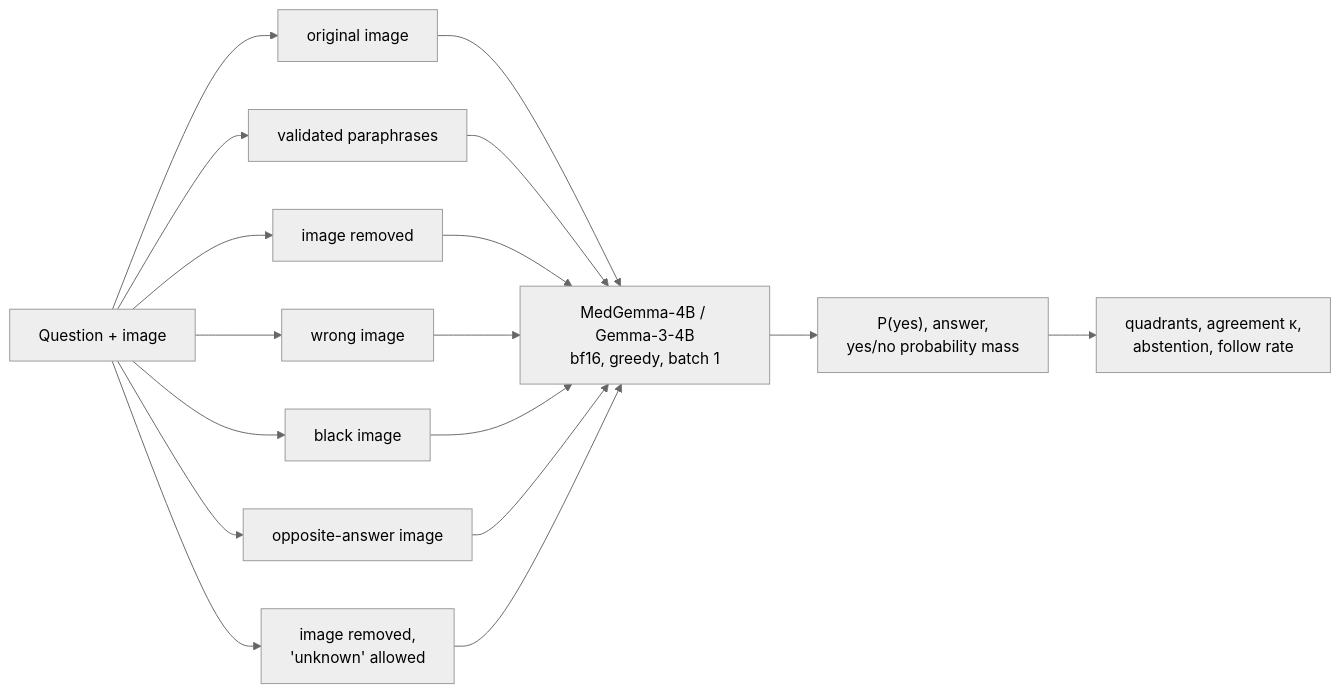
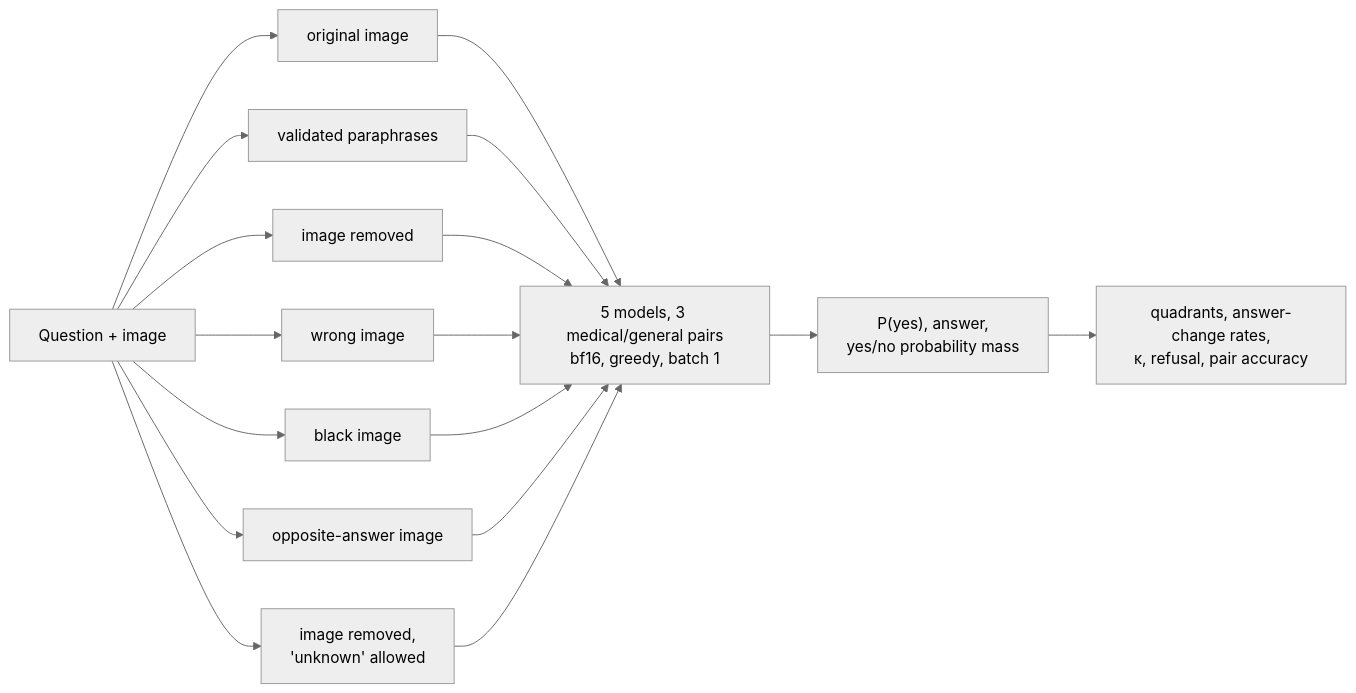
Before and after one commit to thaitri2005/Medvlm-Image-Reliance: the diagram in README.md, drawn with Mermaid (neutral theme). The commit also changed other lines of this file and 38 other files, not shown here.

````diff
--- a/README.md
+++ b/README.md
@@ -165,13 +163,13 @@
 ```mermaid
 flowchart LR
     Q[Question + image] --> O[original image]
     Q --> P[validated paraphrases]
     Q --> N[image removed]
     Q --> S[wrong image]
     Q --> K[black image]
     Q --> X[opposite-answer image]
     Q --> U[image removed,<br/>'unknown' allowed]
-    O & P & N & S & K & X & U --> M[MedGemma-4B / Gemma-3-4B<br/>bf16, greedy, batch 1]
+    O & P & N & S & K & X & U --> M[5 models, 3 medical/general pairs<br/>bf16, greedy, batch 1]
     M --> A["P(yes), answer,<br/>yes/no probability mass"]
-    A --> QD[quadrants, agreement κ,<br/>abstention, follow rate]
+    A --> QD[quadrants, answer-change rates,<br/>κ, refusal, pair accuracy]
 ```
````
